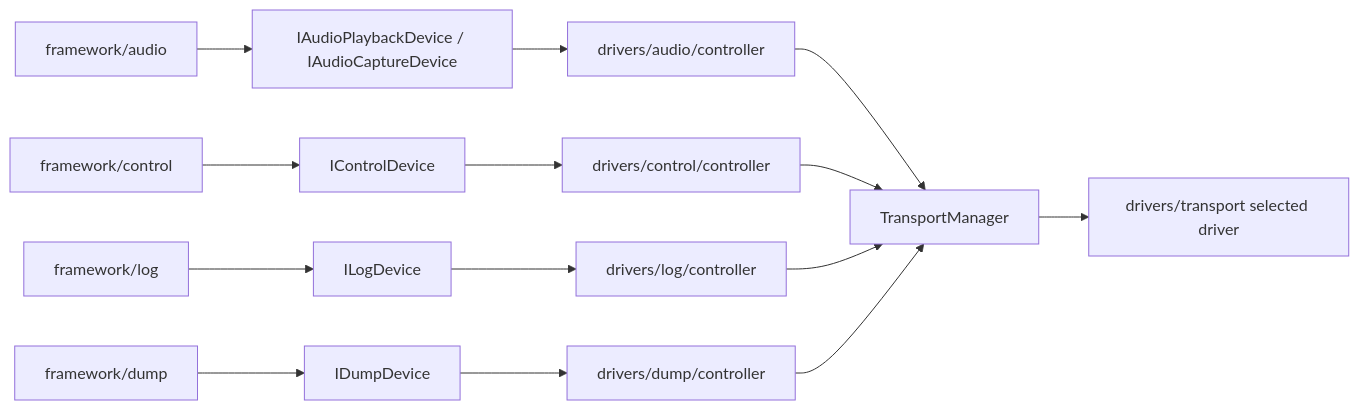
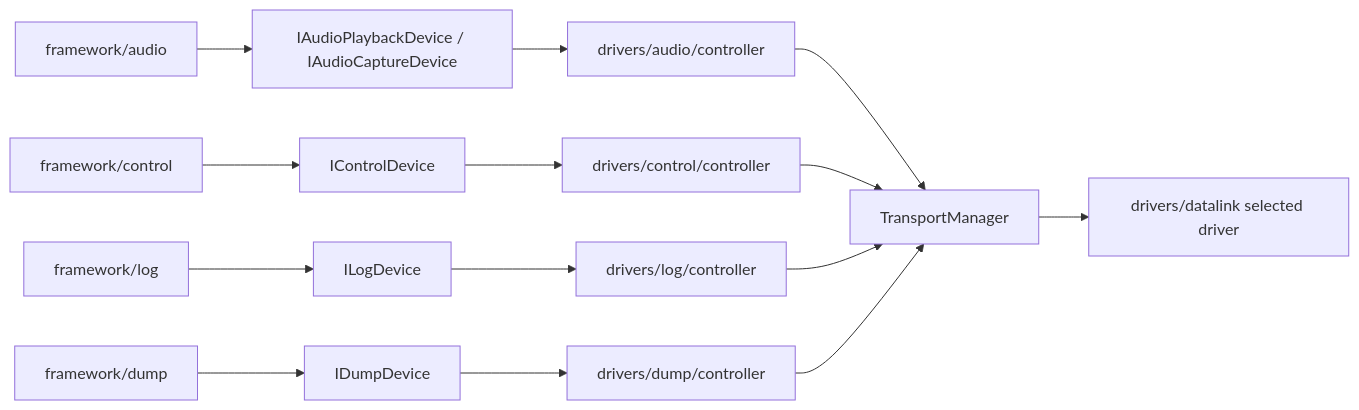
Before and after one commit to handsomeleeshu/Audio-Studio: the sixth of 15 diagrams in docs/audio_studio_framework_design.md, drawn with Mermaid. The commit also changed other lines of this file and 52 other files, not shown here.

````diff
--- a/docs/audio_studio_framework_design.md
+++ b/docs/audio_studio_framework_design.md
@@ -2259,19 +2259,19 @@
 ```mermaid
 flowchart LR
   FWAudio[framework/audio] --> AudioIf[IAudioPlaybackDevice / IAudioCaptureDevice]
   FWControl[framework/control] --> ControlIf[IControlDevice]
   FWLog[framework/log] --> LogIf[ILogDevice]
   FWDump[framework/dump] --> DumpIf[IDumpDevice]
 
   AudioIf --> ControllerAudio[drivers/audio/controller]
   ControlIf --> ControllerControl[drivers/control/controller]
   LogIf --> ControllerLog[drivers/log/controller]
   DumpIf --> ControllerDump[drivers/dump/controller]
 
   ControllerAudio --> TM[TransportManager]
   ControllerControl --> TM
   ControllerLog --> TM
   ControllerDump --> TM
 
-  TM --> TDrv[drivers/transport selected driver]
+  TM --> TDrv[drivers/datalink selected driver]
 ```
````
